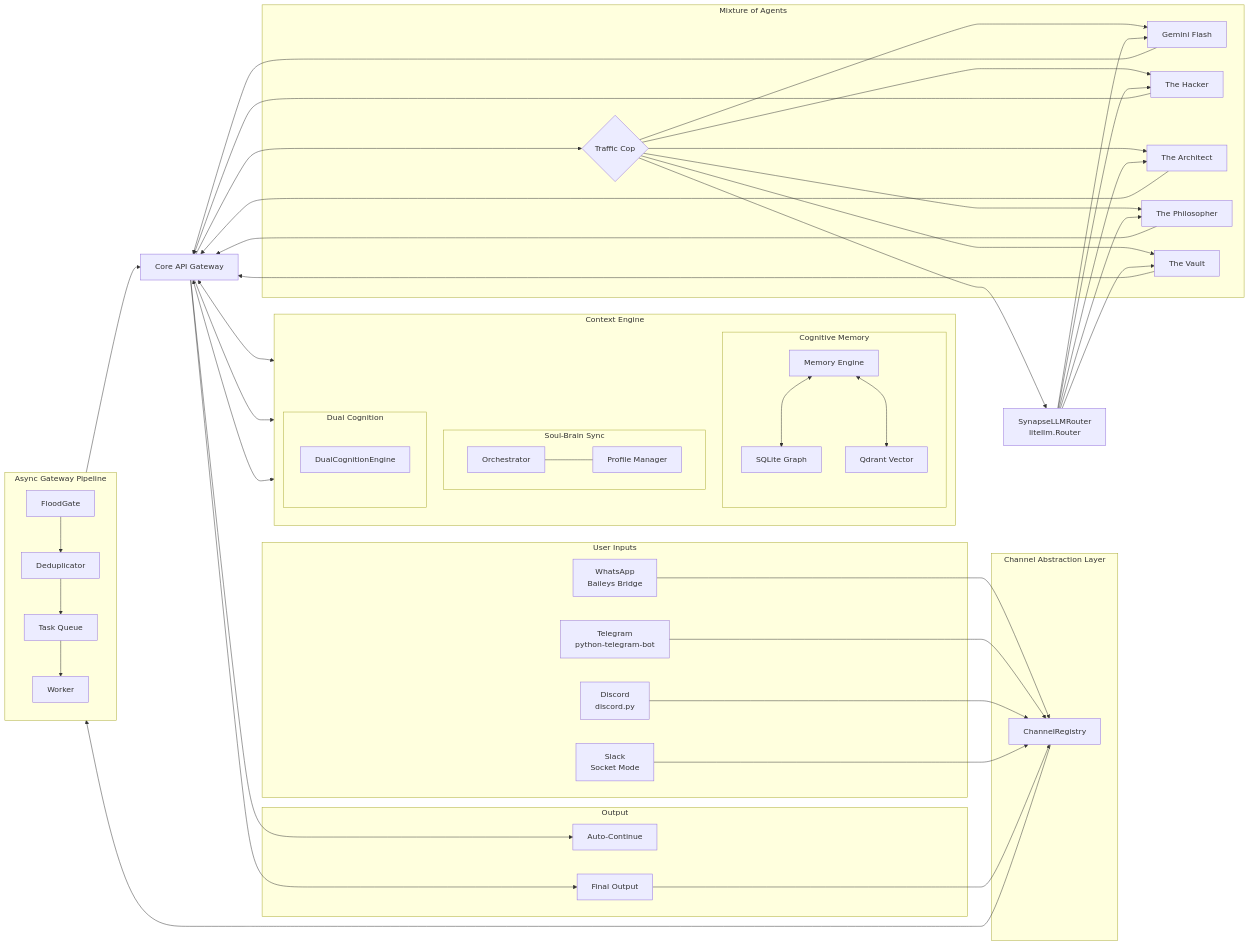
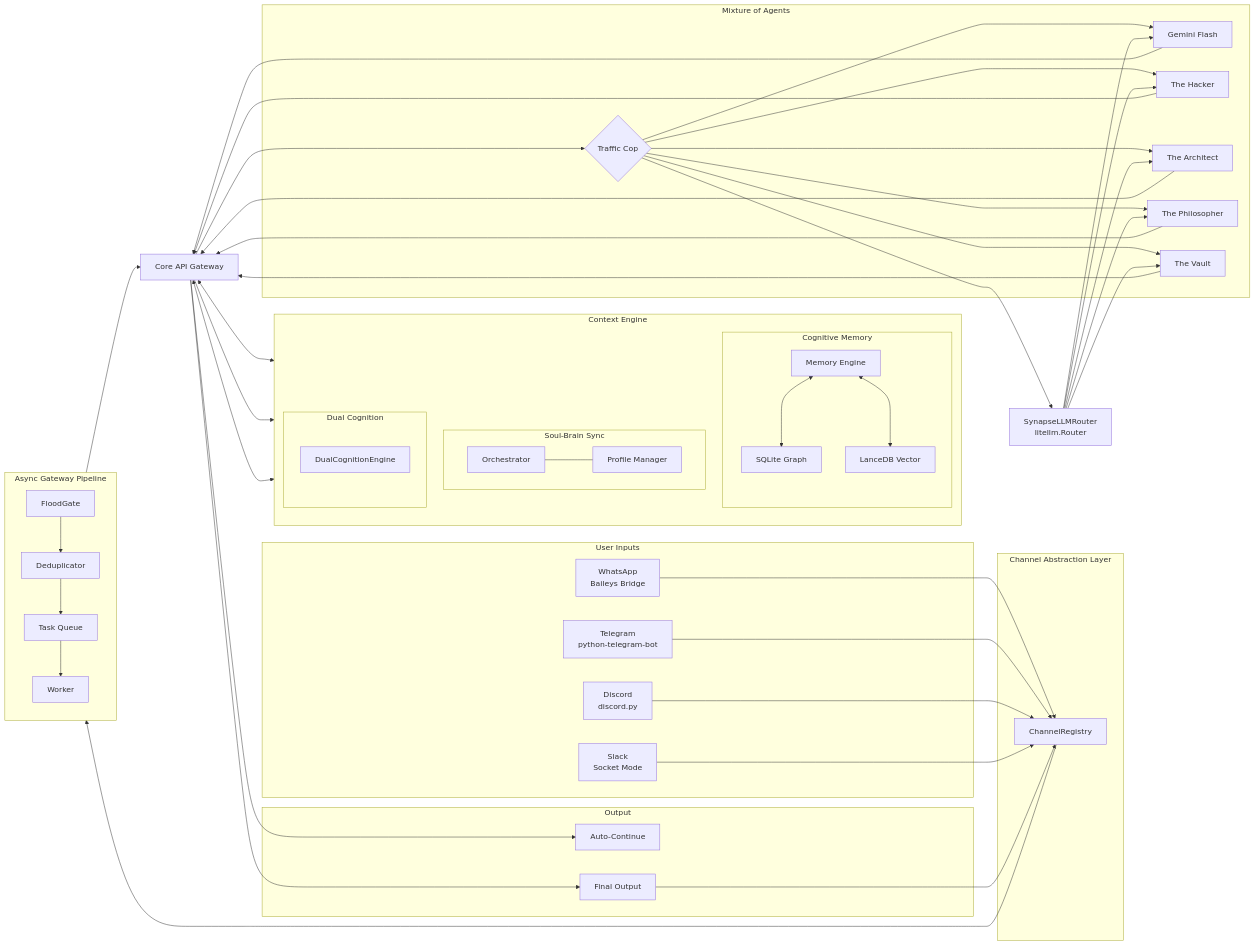
One commit to UpayanGhosh/Synapse-OSS changed the first of 8 diagrams in ARCHITECTURE.md. Above: the diagram before and after it, drawn with Mermaid. The commit also changed other lines of this file and 32 other files, not shown here.

````diff
--- a/ARCHITECTURE.md
+++ b/ARCHITECTURE.md
@@ -11,78 +11,78 @@
 ```mermaid
 flowchart LR
     subgraph Inputs[User Inputs]
         WA[WhatsApp\nBaileys Bridge]
         TG[Telegram\npython-telegram-bot]
         DS[Discord\ndiscord.py]
         SL[Slack\nSocket Mode]
     end
 
     subgraph CR[Channel Abstraction Layer]
         REG[ChannelRegistry]
     end
 
     subgraph Async[Async Gateway Pipeline]
         direction TB
         FG[FloodGate]
         DD[Deduplicator]
         Q[Task Queue]
         W[Worker]
         FG --> DD --> Q --> W
     end
 
     G[Core API Gateway]
 
     subgraph Brain[Context Engine]
         direction TB
         subgraph SBS[Soul-Brain Sync]
             direction LR
             SBS_O[Orchestrator] --- SBS_P[Profile Manager]
         end
         subgraph Mem[Cognitive Memory]
             ME[Memory Engine]
             ME <--> M1[SQLite Graph]
-            ME <--> M2[Qdrant Vector]
+            ME <--> M2[LanceDB Vector]
         end
         subgraph DC[Dual Cognition]
             DCE[DualCognitionEngine]
         end
     end
 
     subgraph MoA[Mixture of Agents]
         TC{Traffic Cop}
         LLM1[Gemini Flash]
         LLM2[The Hacker]
         LLM3[The Architect]
         LLM4[The Philosopher]
         LLM5[The Vault]
         TC --> LLM1
         TC --> LLM2
         TC --> LLM3
         TC --> LLM4
         TC --> LLM5
     end
 
     ROUTER[SynapseLLMRouter\nlitellm.Router]
 
     subgraph Out[Output]
         AC[Auto-Continue]
         FO[Final Output]
     end
 
     WA --> REG
     TG --> REG
     DS --> REG
     SL --> REG
     REG --> FG
     W --> G
     G <--> SBS
     G <--> ME
     G --> DCE
     G --> TC
     TC --> ROUTER
     ROUTER --> LLM1 & LLM2 & LLM3 & LLM4 & LLM5
     LLM1 & LLM2 & LLM3 & LLM4 & LLM5 --> G
     G --> AC
     G --> FO
     FO --> REG
 ```
````
